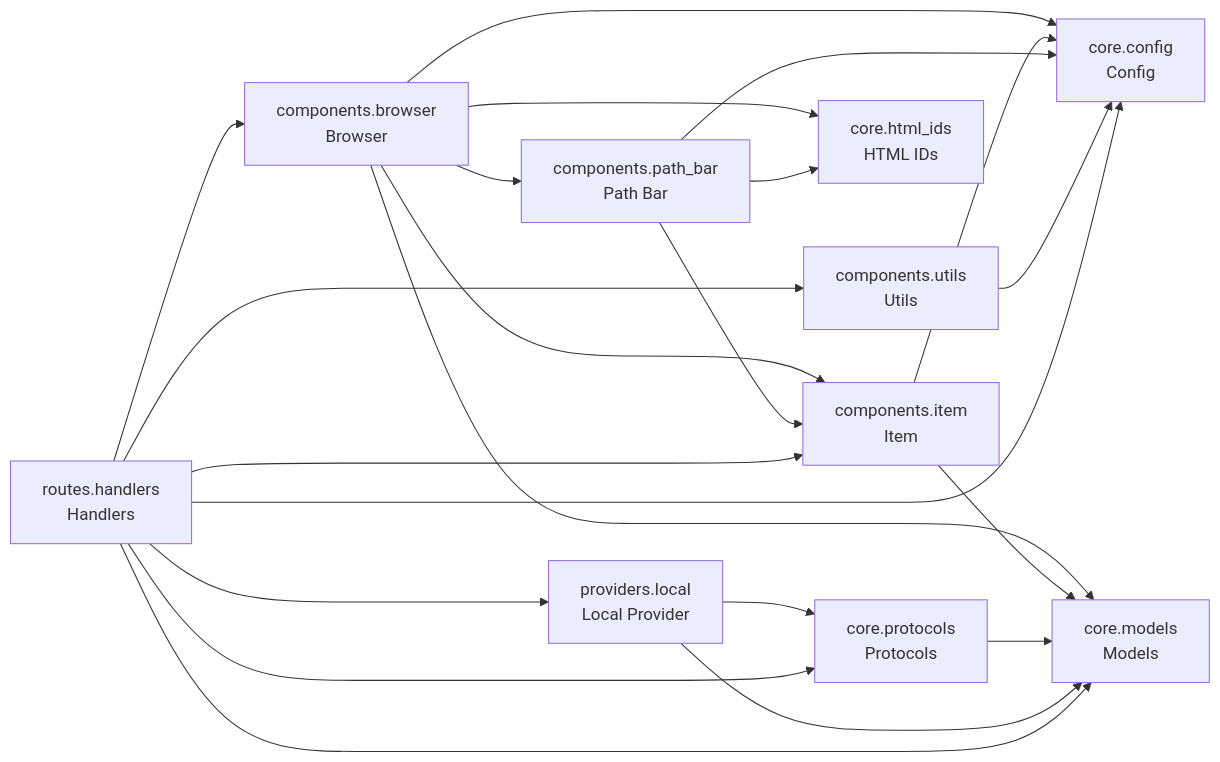
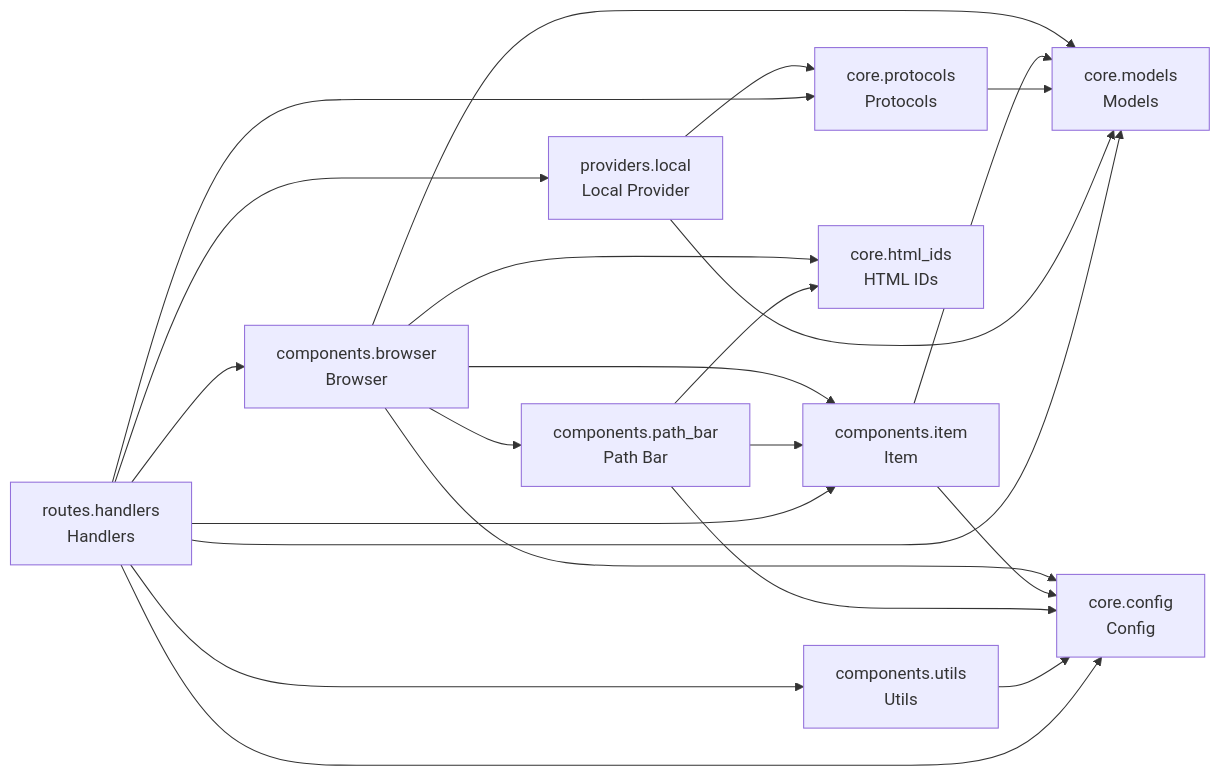
The diagram in README.md (cj-mills/cjm-fasthtml-file-browser), drawn with Mermaid before and after one commit. The commit also changed other lines of this file and 4 other files, not shown here.

````diff
--- a/README.md
+++ b/README.md
@@ -34,35 +34,35 @@
 ``` mermaid
 graph LR
     components_browser[components.browser<br/>Browser]
     components_item[components.item<br/>Item]
     components_path_bar[components.path_bar<br/>Path Bar]
     components_utils[components.utils<br/>Utils]
     core_config[core.config<br/>Config]
     core_html_ids[core.html_ids<br/>HTML IDs]
     core_models[core.models<br/>Models]
     core_protocols[core.protocols<br/>Protocols]
     providers_local[providers.local<br/>Local Provider]
     routes_handlers[routes.handlers<br/>Handlers]
 
+    components_browser --> core_models
+    components_browser --> components_path_bar
+    components_browser --> components_item
+    components_browser --> core_html_ids
     components_browser --> core_config
-    components_browser --> components_item
-    components_browser --> components_path_bar
-    components_browser --> core_html_ids
-    components_browser --> core_models
     components_item --> core_config
     components_item --> core_models
-    components_path_bar --> core_config
     components_path_bar --> components_item
     components_path_bar --> core_html_ids
+    components_path_bar --> core_config
     components_utils --> core_config
     core_protocols --> core_models
+    providers_local --> core_models
     providers_local --> core_protocols
-    providers_local --> core_models
+    routes_handlers --> components_browser
     routes_handlers --> core_config
+    routes_handlers --> providers_local
     routes_handlers --> core_protocols
     routes_handlers --> components_utils
-    routes_handlers --> providers_local
+    routes_handlers --> components_item
     routes_handlers --> core_models
-    routes_handlers --> components_browser
-    routes_handlers --> components_item
 ```
````
